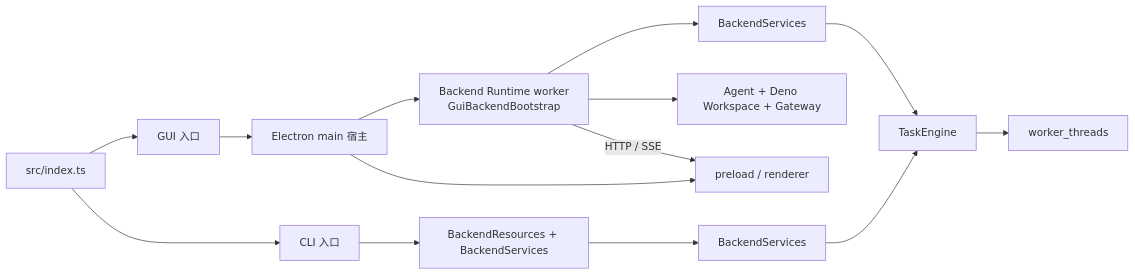
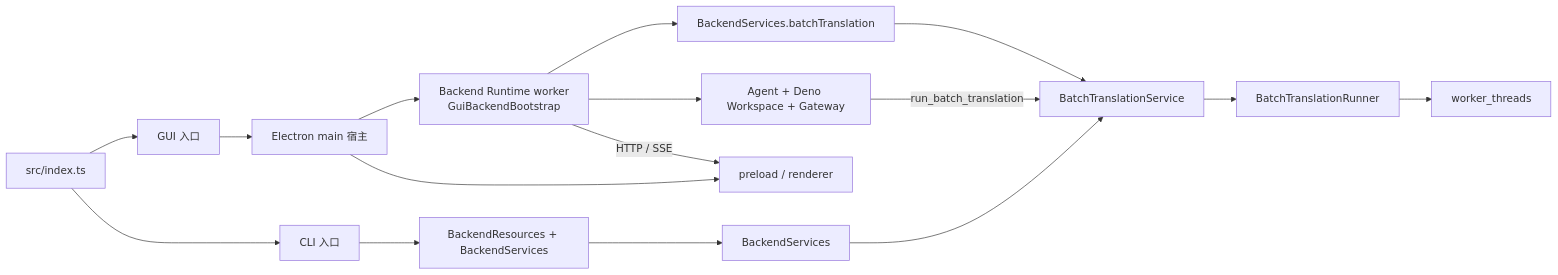
One commit to neavo/LinguaGacha changed the diagram in docs/ARCHITECTURE.md. Above: the diagram before and after it, drawn with Mermaid. The commit also changed other lines of this file and 549 other files, not shown here.

````diff
--- a/docs/ARCHITECTURE.md
+++ b/docs/ARCHITECTURE.md
@@ -26,16 +26,18 @@
 ```mermaid
 flowchart LR
     I["src/index.ts"] --> G["GUI 入口"]
     I --> C["CLI 入口"]
     G --> M["Electron main 宿主"]
     M --> BG["Backend Runtime worker\nGuiBackendBootstrap"]
     C --> BC["BackendResources + BackendServices"]
-    BG --> GS["BackendServices"]
+    BG --> GS["BackendServices.batchTranslation"]
     BG --> D["Agent + Deno Workspace + Gateway"]
     BC --> CS["BackendServices"]
-    GS --> E["TaskEngine"]
-    CS --> E
+    GS --> S["BatchTranslationService"]
+    CS --> S
+    D -->|"run_batch_translation"| S
+    S --> E["BatchTranslationRunner"]
     E --> W["worker_threads"]
     BG -->|"HTTP / SSE"| R["preload / renderer"]
     M --> R
 ```
````
